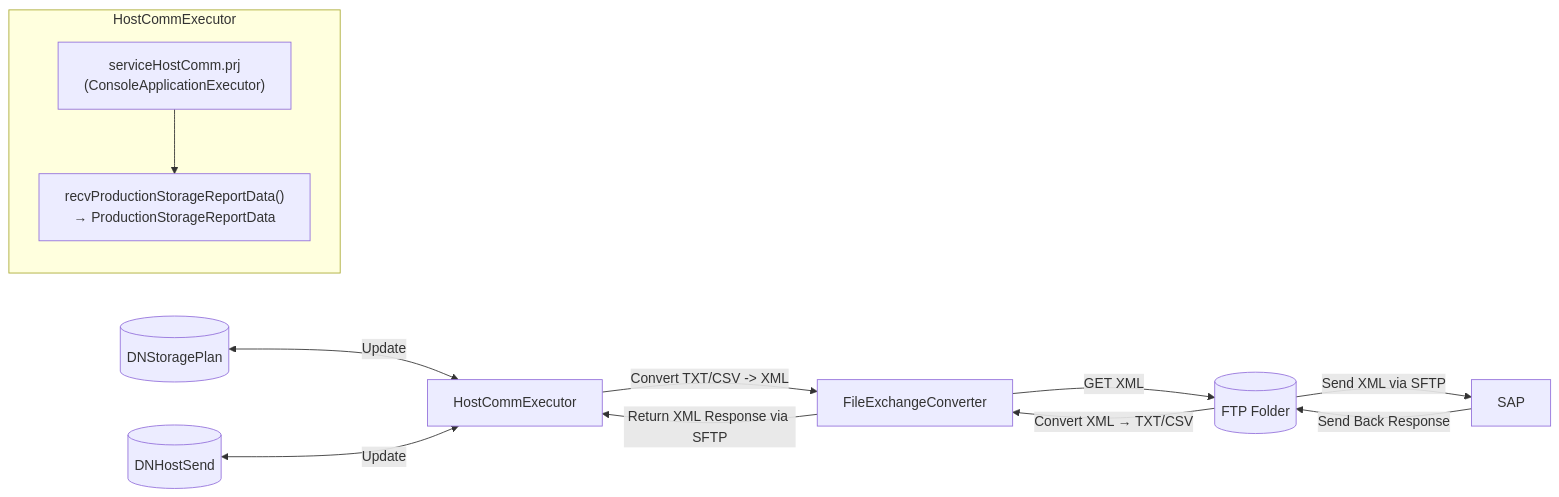
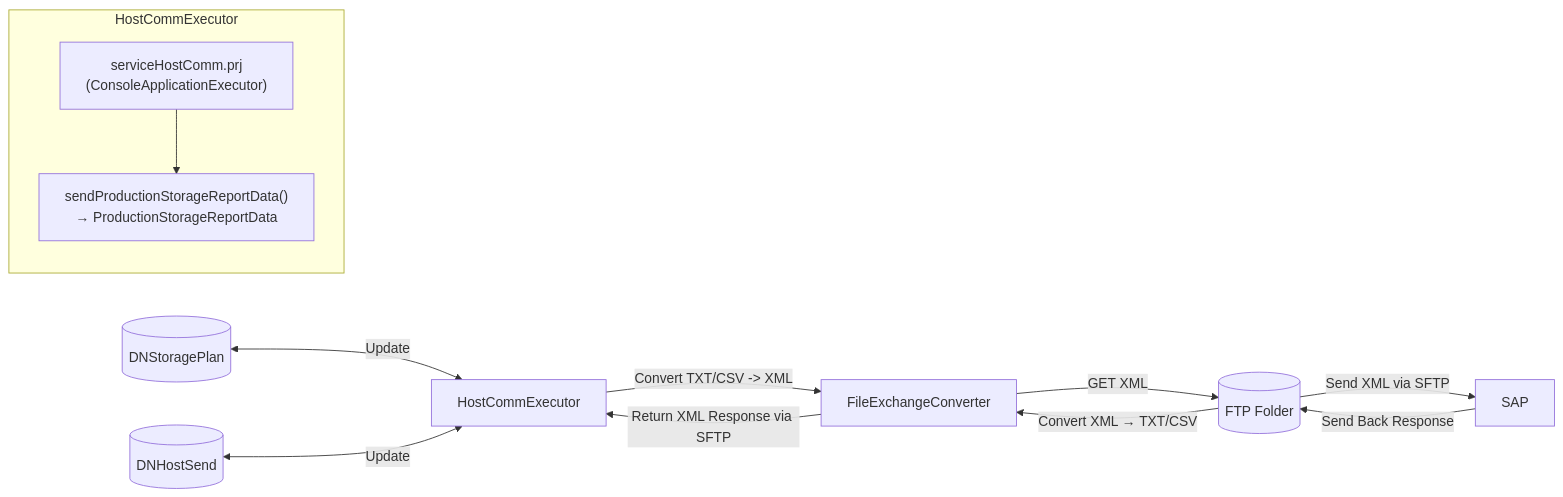
The diagram in Basic-Design/Host-Interfaces/Production-Storage-Result.md (luthfiadityaa/SimeDarby-Wiki), drawn with Mermaid before and after one commit.

Commit message:
Updated Production Storage Result

```diff
--- a/Basic-Design/Host-Interfaces/Production-Storage-Result.md
+++ b/Basic-Design/Host-Interfaces/Production-Storage-Result.md
@@ -11,17 +11,17 @@
 ::: mermaid
 flowchart LR
     A[HostCommExecutor] -->|Convert TXT/CSV -> XML| B[FileExchangeConverter]
     B -->|GET XML| C[(FTP Folder)]
     C -->|Send XML via SFTP| D[SAP]
     D -->|Send Back Response| C
     C -->|Convert XML → TXT/CSV| B
     B -->|Return XML Response via SFTP| A
     E[(DNStoragePlan)] <--> |Update| A
     F[(DNHostSend)] <--> |Update| A
 
      subgraph HostCommExecutor
         C1["serviceHostComm.prj<br>(ConsoleApplicationExecutor)"]
-        C2["recvProductionStorageReportData()<br>→ ProductionStorageReportData"]
+        C2["sendProductionStorageReportData()<br>→ ProductionStorageReportData"]
         C1 --> C2
     end
 :::
```
